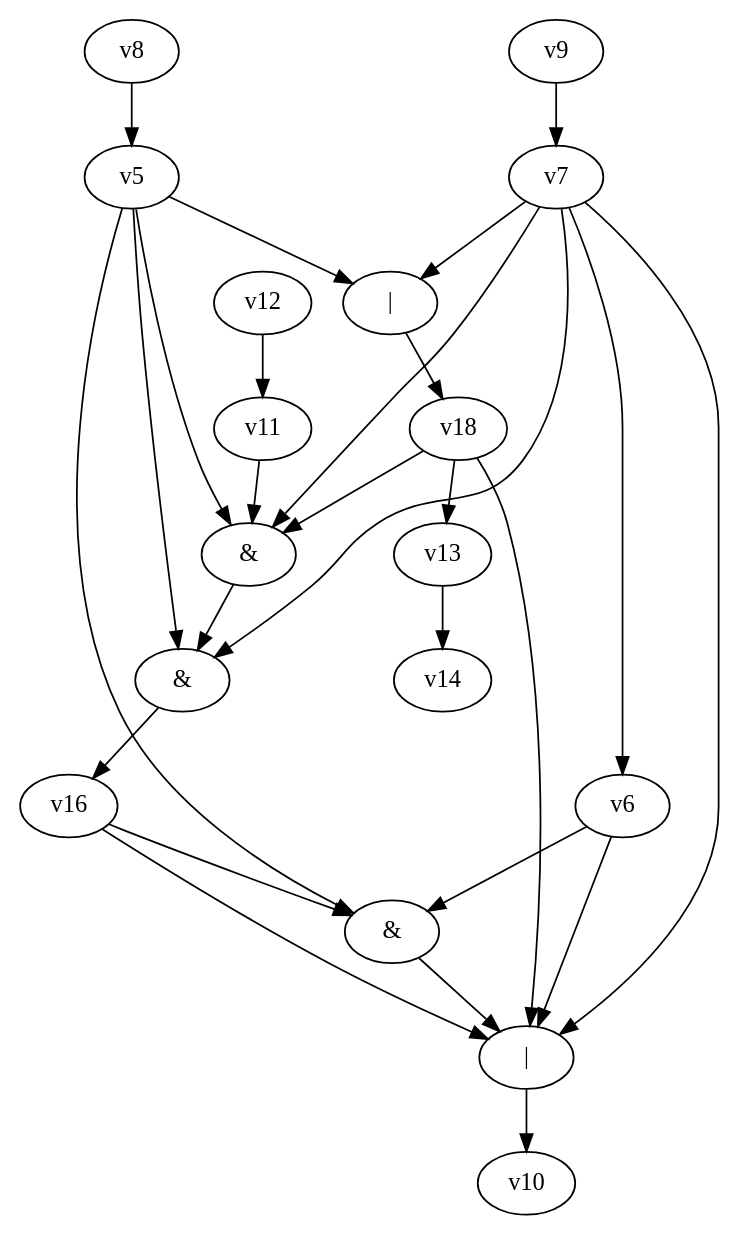
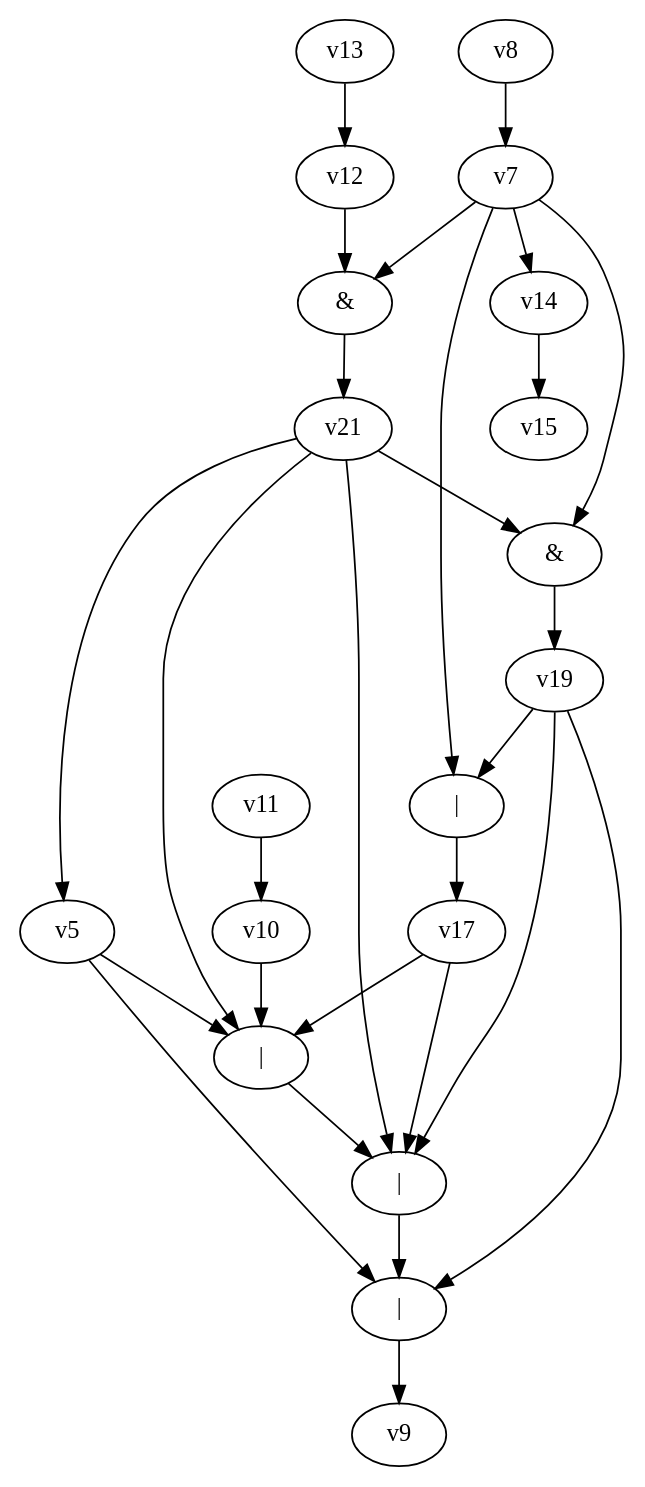
The diagram in dot_files/random_bool_circ.dot (yadej/graph_project), drawn with Graphviz before and after one commit. The commit also changed 2 other files, not shown here.

```diff
--- a/dot_files/random_bool_circ.dot
+++ b/dot_files/random_bool_circ.dot
@@ -1,31 +1,31 @@
 digraph G { 
 v0 [label="|"]; 
-v1 [label="&"]; 
-v3 [label="&"]; 
-v15 [label="&"]; 
-v17 [label="|"]; 
-v0 -> v10;
+v1 [label="|"]; 
+v2 [label="|"]; 
+v16 [label="|"]; 
+v18 [label="&"]; 
+v20 [label="&"]; 
+v0 -> v9;
 v1 -> v0;
-v3 -> v15 -> v16;
-v5 -> v1;
-v5 -> v3;
-v5 -> v15;
-v5 -> v17 -> v18;
-v6 -> v0;
-v6 -> v1;
-v7 -> v0;
-v7 -> v3;
-v7 -> v6;
-v7 -> v15;
-v7 -> v17;
-v8 -> v5;
-v9 -> v7;
-v11 -> v3;
-v12 -> v11;
-v13 -> v14;
-v16 -> v0;
-v16 -> v1;
-v18 -> v0;
-v18 -> v3;
-v18 -> v13;
+v2 -> v1;
+v5 -> v0;
+v5 -> v2;
+v7 -> v14 -> v15;
+v7 -> v16 -> v17;
+v7 -> v18 -> v19;
+v7 -> v20 -> v21;
+v8 -> v7;
+v10 -> v2;
+v11 -> v10;
+v12 -> v20;
+v13 -> v12;
+v17 -> v1;
+v17 -> v2;
+v19 -> v0;
+v19 -> v1;
+v19 -> v16;
+v21 -> v1;
+v21 -> v2;
+v21 -> v5;
+v21 -> v18;
 }
```
